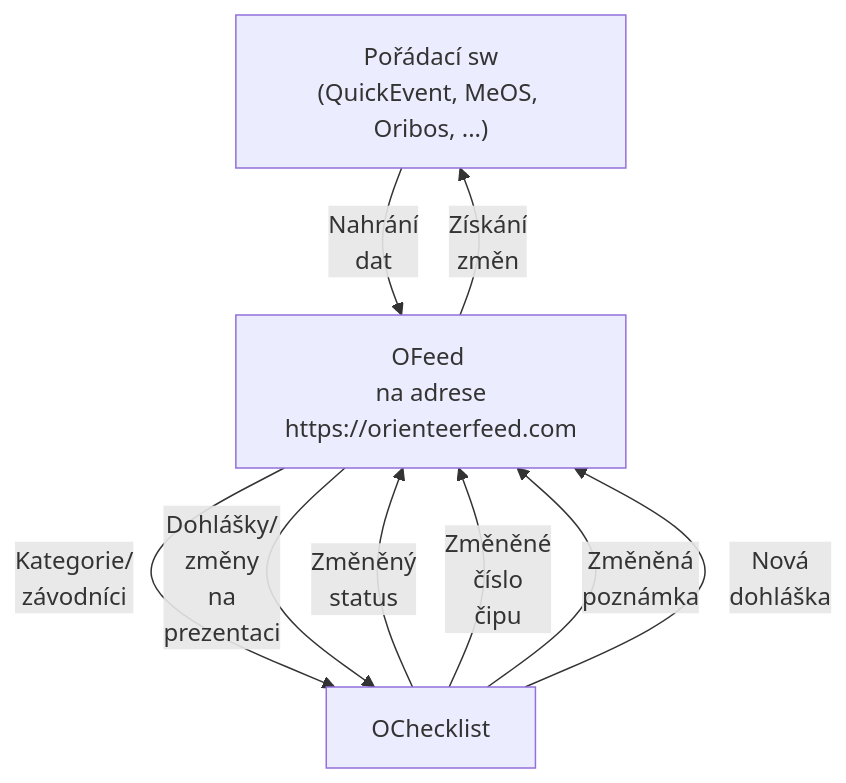
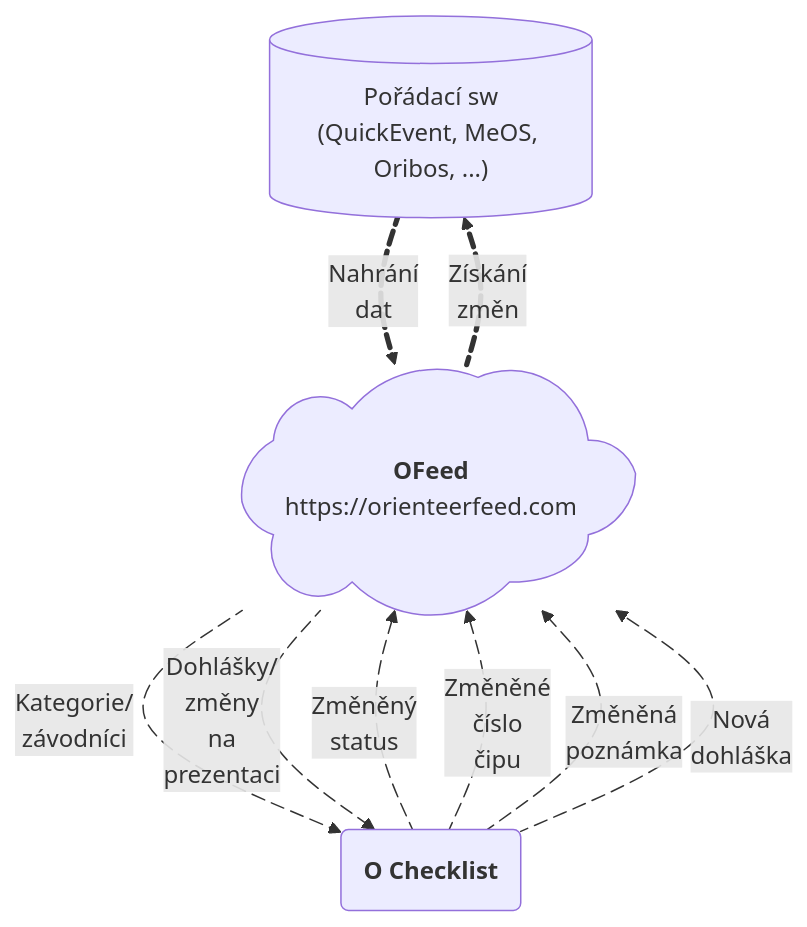
One commit to orienteerfeed/ofeed-docs changed the diagram in i18n/cs/docusaurus-plugin-content-docs/current/intro.md. Above: the diagram before and after it, drawn with Mermaid. The commit also changed other lines of this file and 37 other files, not shown here.

````diff
--- a/i18n/cs/docusaurus-plugin-content-docs/current/intro.md
+++ b/i18n/cs/docusaurus-plugin-content-docs/current/intro.md
@@ -23,16 +24,28 @@
 ```mermaid
-flowchart TD
-    A["Pořádací sw<br/>(QuickEvent, MeOS, Oribos, ...)"]
-    B["OFeed <br/> na adrese https://orienteerfeed.com"]
-    C[OChecklist]
+flowchart TB
+    SW@{ shape: cyl, label: "Pořádací sw<br/>(QuickEvent, MeOS, Oribos, ...)" }
+    OFeed@{ shape: cloud, label: "**OFeed**<br/>https://orienteerfeed.com" }
+    OChecklist@{ shape: rounded, label: "**O Checklist**" }
 
-    A -- "Nahrání<br/>dat" --> B
-    B -- "Získání<br/>změn" --> A
+    SW e1@== "Nahrání<br/>dat" ==> OFeed
+    e1@{ animation: fast }
+    OFeed e2@== "Získání<br/>změn" ==> SW
+    e2@{ animation: fast }
 
-    B -- "Kategorie/<br/>závodníci" --> C
-    B -- "Dohlášky/<br/>změny<br/>na<br/>prezentaci" --> C
-    C -- "Změněný<br/>status" --> B
-    C -- "Změněné<br/>číslo<br/>čipu" --> B
-    C -- "Změněná<br/>poznámka" --> B
-    C -- "Nová<br/>dohláška" --> B
+    OFeed e3@-- "Kategorie/<br/>závodníci" --> OChecklist
+    e3@{ animation: fast }
+    OFeed e4@-- "Dohlášky/<br/>změny<br/>na<br/>prezentaci" --> OChecklist
+
+    e4@{ animation: fast }
+    OChecklist e5@-- "Změněný<br/>status" --> OFeed
+    e5@{ animation: fast }
+    OChecklist e6@-- "Změněné<br/>číslo<br/>čipu" --> OFeed
+    e6@{ animation: fast }
+    OChecklist e7@-- "Změněná<br/>poznámka" --> OFeed
+    e7@{ animation: fast }
+    OChecklist e8@-- "Nová<br/>dohláška" --> OFeed
+    e8@{ animation: fast }
+
+    click OFeed "https://orienteerfeed.com" _blank
+    click OChecklist "https://stigning.se/checklist/help_en.html" _blank
 ```
````
